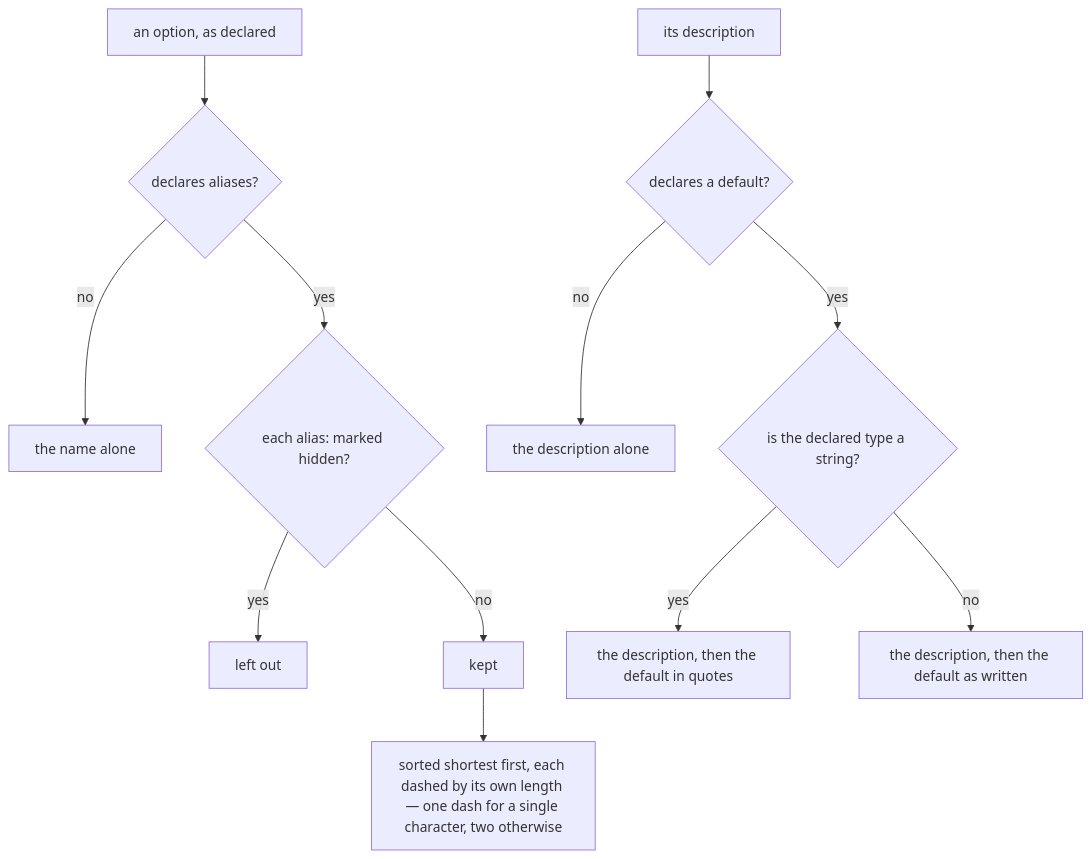
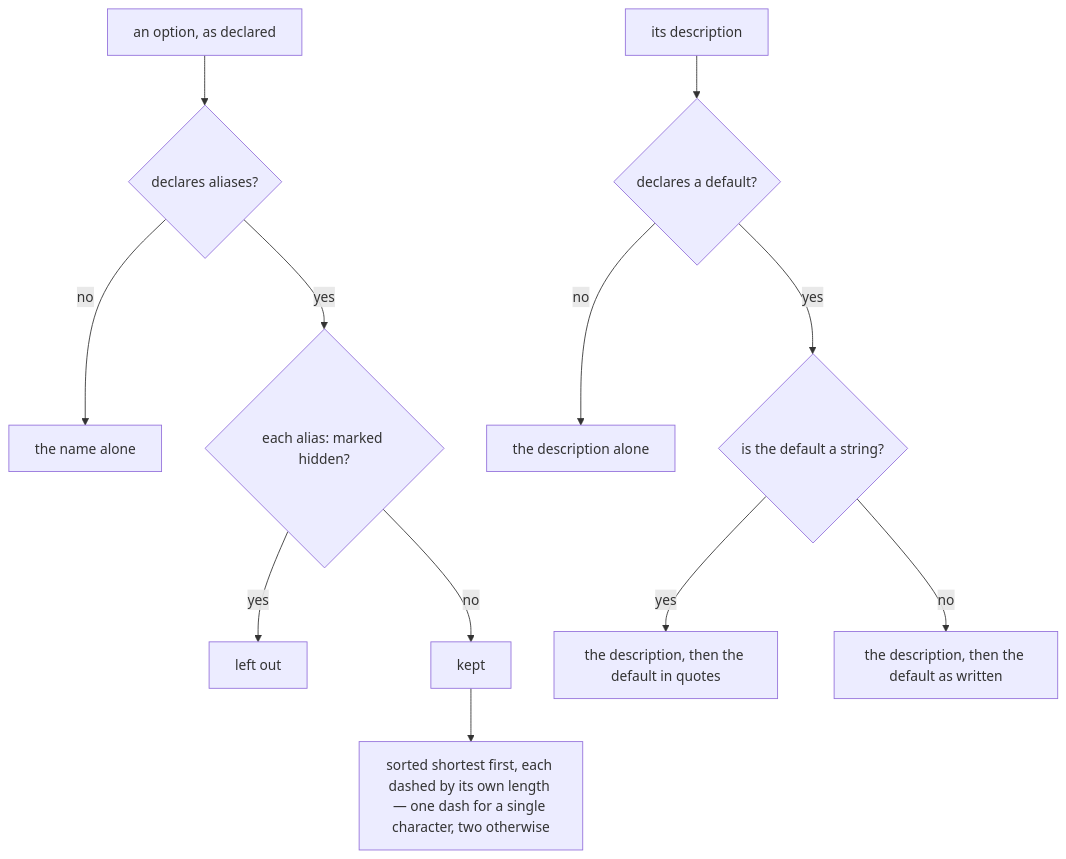
One commit to clibuilder/clibuilder changed the fifth of 7 diagrams in packages/clibuilder/.agents/spec/presentation/README.md. Above: the diagram before and after it, drawn with Mermaid. The commit also changed other lines of this file and 80 other files, not shown here.

First line of the commit message:
feat(clibuilder)!: remove zod; t is the only option type, config is any Standard Schema (#684)

````diff
--- a/packages/clibuilder/.agents/spec/presentation/README.md
+++ b/packages/clibuilder/.agents/spec/presentation/README.md
@@ -372,14 +374,14 @@
 ```mermaid
 graph TD
   K[an option, as declared] --> AL{declares aliases?}
   AL -- no --> NAME[the name alone]
   AL -- yes --> HID{"each alias: marked hidden?"}
   HID -- yes --> LEFT[left out]
   HID -- no --> KEPT[kept]
   KEPT --> ORD["sorted shortest first, each dashed by its own length — one dash for a single character, two otherwise"]
   DE[its description] --> DEF{declares a default?}
   DEF -- no --> DESC[the description alone]
-  DEF -- yes --> DQ{"is the declared type a string?"}
+  DEF -- yes --> DQ{"is the default a string?"}
   DQ -- yes --> DS["the description, then the default in quotes"]
   DQ -- no --> DP["the description, then the default as written"]
 ```
````
